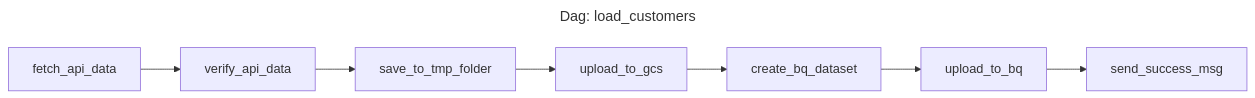
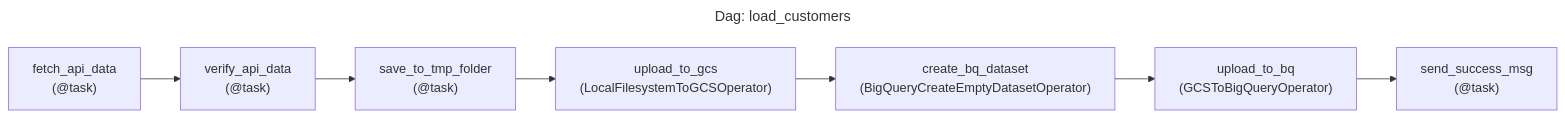
Before and after one commit to candychen00/faker-ecom-project__airflow_dbt: the third of 5 diagrams in airflow/README.md, drawn with Mermaid. The commit also changed other lines of this file, not shown here.

````diff
--- a/airflow/README.md
+++ b/airflow/README.md
@@ -153,13 +153,13 @@
 ```mermaid
 ---
 title: "Dag: load_customers"
 ---
 flowchart LR
-    A[fetch_api_data]
-    A --> B[verify_api_data]
-    B --> C[save_to_tmp_folder]
-    C --> D[upload_to_gcs]
-    D --> E[create_bq_dataset]
-    E --> F[upload_to_bq]
-    F --> G[send_success_msg]
+    A["fetch_api_data<br>(@task)"]
+    A --> B["verify_api_data<br>(@task)"]
+    B --> C["save_to_tmp_folder<br>(@task)"]
+    C --> D["upload_to_gcs<br>(LocalFilesystemToGCSOperator)"]
+    D --> E["create_bq_dataset<br>(BigQueryCreateEmptyDatasetOperator)"]
+    E --> F["upload_to_bq<br>(GCSToBigQueryOperator)"]
+    F --> G["send_success_msg<br>(@task)"]
 ```
````
